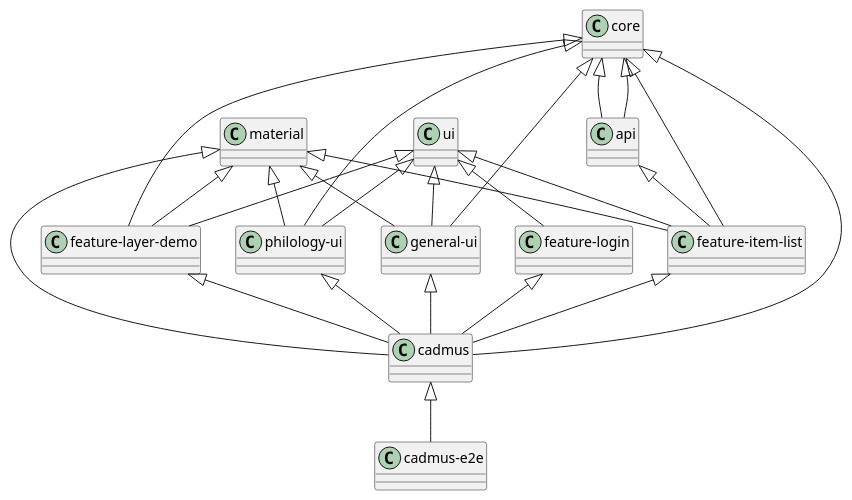
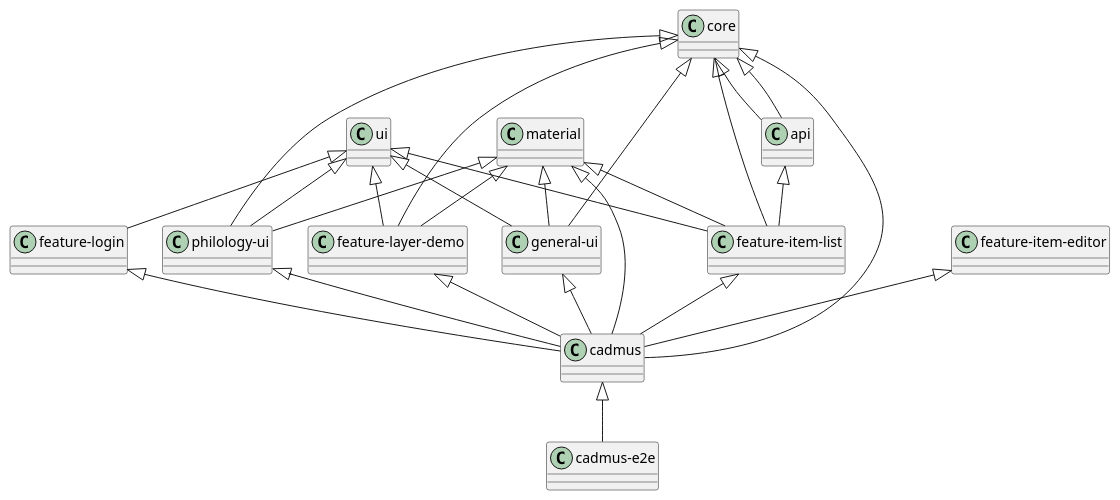
One commit to vedph/cadmus_web changed the diagram in README.md. Above: the diagram before and after it, drawn with PlantUML. The commit also changed other lines of this file and 3 other files, not shown here.

````diff
--- a/README.md
+++ b/README.md
@@ -28,28 +28,29 @@
 ```plantuml
 @startuml
 core <|-- api
 core <|-- "general-ui"
 core <|-- "philology-ui"
 core <|-- "feature-layer-demo"
 core <|-- "feature-item-list"
 api <|-- "feature-item-list"
 core <|-- api
 core <|-- cadmus
 material <|-- "general-ui"
 material <|-- "philology-ui"
 material <|-- "feature-layer-demo"
 material <|-- "feature-item-list"
 material <|-- cadmus
 ui <|-- "general-ui"
 ui <|-- "philology-ui"
 ui <|-- "feature-layer-demo"
 ui <|-- "feature-item-list"
 ui <|-- "feature-login"
 "general-ui" <|-- cadmus
 "philology-ui" <|-- cadmus
 "feature-layer-demo" <|-- cadmus
 "feature-item-list" <|-- cadmus
+"feature-item-editor" <|-- cadmus
 "feature-login" <|-- cadmus
 cadmus <|-- "cadmus-e2e"
 @enduml
 ```
````
